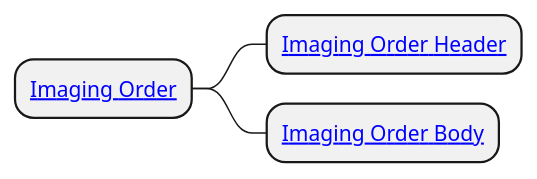
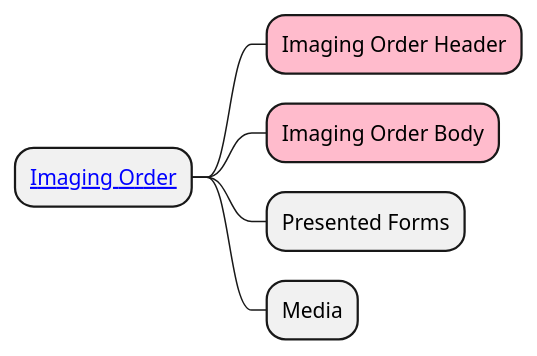
Before and after one commit to pvrana/img-order: the diagram in input/images-source/imgOrder_CIM.plantuml, drawn with PlantUML. The commit also changed 8 other files, not shown here.

```diff
--- a/input/images-source/imgOrder_CIM.plantuml
+++ b/input/images-source/imgOrder_CIM.plantuml
@@ -1,24 +1,27 @@
 @startmindmap
 skinparam topurl StructureDefinition-
 
 * [[ImagingOrderCz.html Imaging Order]]
-** [[HeaderImagingOrder.html Imaging Order Header]]
-** [[BodyImageOrderCz.html Imaging Order Body]]
+**[#FFBBCC] Imaging Order Header
+**[#FFBBCC] Imaging Order Body
+** Presented Forms
+** Media
+
 /'
 ** [[health-insurance-cz.html Health Insurance Provider]]
 ** [[serviceRequestCz.html Imaging Order Service Request]]
 ***_ Order identifier
 ***_ Status of a service order.
 ***_ Kind of service request.
 *** [[CoverageCz.html Associated insurance coverage]]
 *** [[specimenCz.html Sample for analysis]]
 ****_ External Identifier
 ****_ Status
 ****_ Type
 ****_ Subject
 ****_ Received Time (DateTime)
 ****_ Collection
 ****_ Processing
 ****_ Container
 '/
 @endmindmap
```
